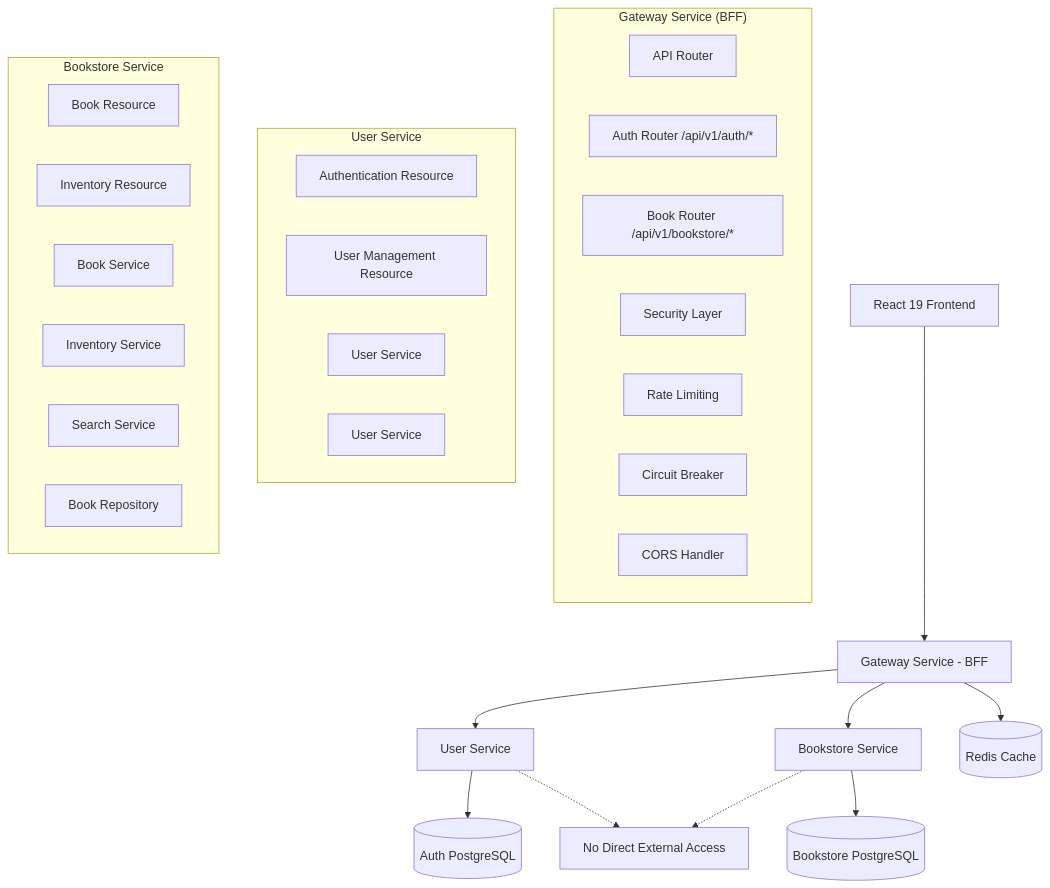
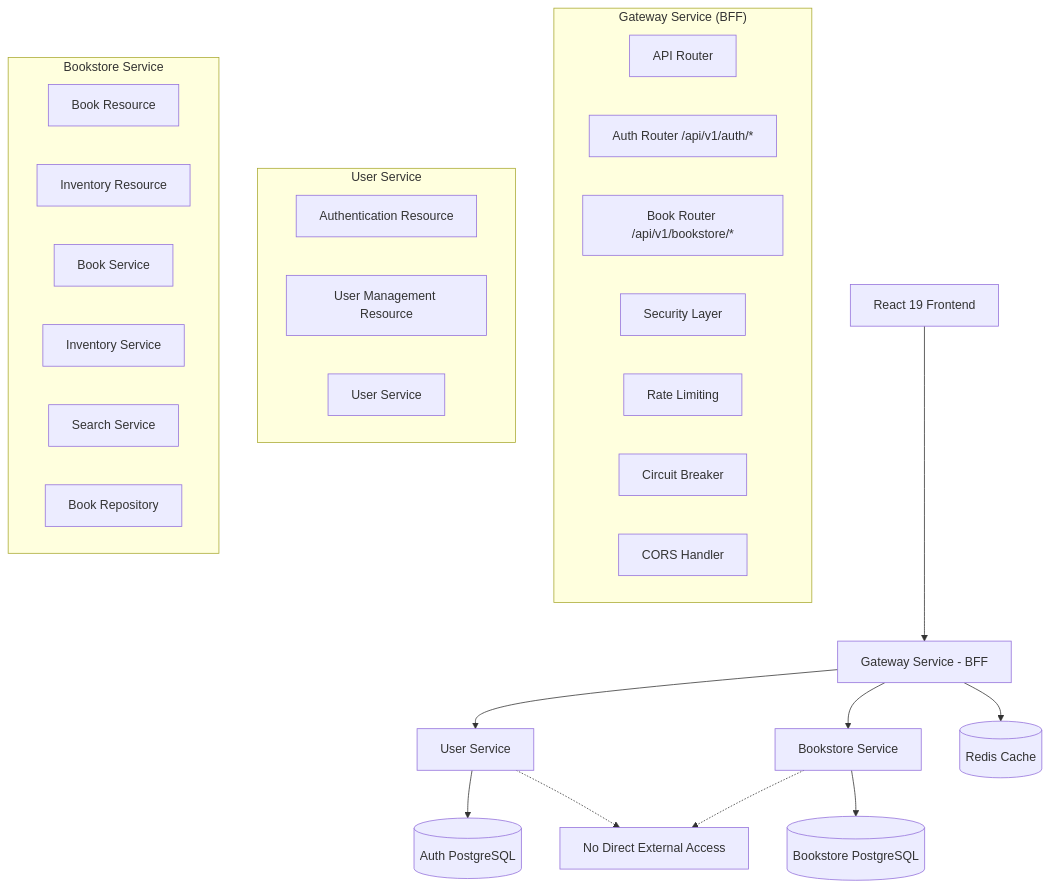
The diagram in .kiro/specs/bookstore-service/design.md (IQKV/microservices-platform), drawn with Mermaid before and after one commit. The commit also changed 259 other files, not shown here.

Commit message:
chore: migrate to user-service naming

````diff
--- a/.kiro/specs/bookstore-service/design.md
+++ b/.kiro/specs/bookstore-service/design.md
@@ -21,39 +21,39 @@
 ```mermaid
 graph TB
     React[React 19 Frontend] --> Gateway[Gateway Service - BFF]
     Gateway --> Auth[User Service]
     Gateway --> Bookstore[Bookstore Service]
     Auth --> AuthDB[(Auth PostgreSQL)]
     Bookstore --> BookDB[(Bookstore PostgreSQL)]
     Gateway --> Redis[(Redis Cache)]
 
     subgraph "Gateway Service (BFF)"
         Router[API Router]
         AuthRouter[Auth Router /api/v1/auth/*]
         BookRouter[Book Router /api/v1/bookstore/*]
         Security[Security Layer]
         RateLimit[Rate Limiting]
         CircuitBreaker[Circuit Breaker]
         CORS[CORS Handler]
     end
 
     subgraph "User Service"
         AuthResource[Authentication Resource]
         UserResource[User Management Resource]
-        AuthService[User Service]
+        UserService[User Service]
         UserService[User Service]
     end
 
     subgraph "Bookstore Service"
         BookResource[Book Resource]
         InventoryResource[Inventory Resource]
         BookService[Book Service]
         InventoryService[Inventory Service]
         SearchService[Search Service]
         BookRepository[Book Repository]
     end
 
     Note1[No Direct External Access]
     Auth -.-> Note1
     Bookstore -.-> Note1
 ```
````
